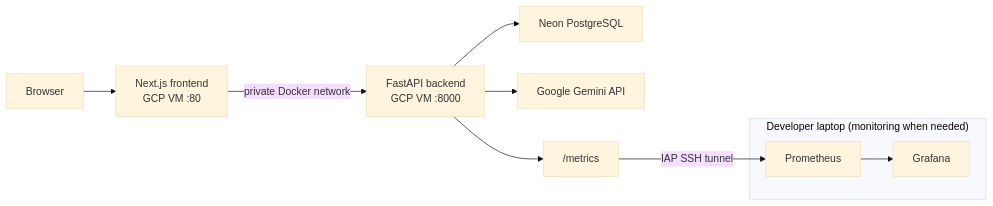
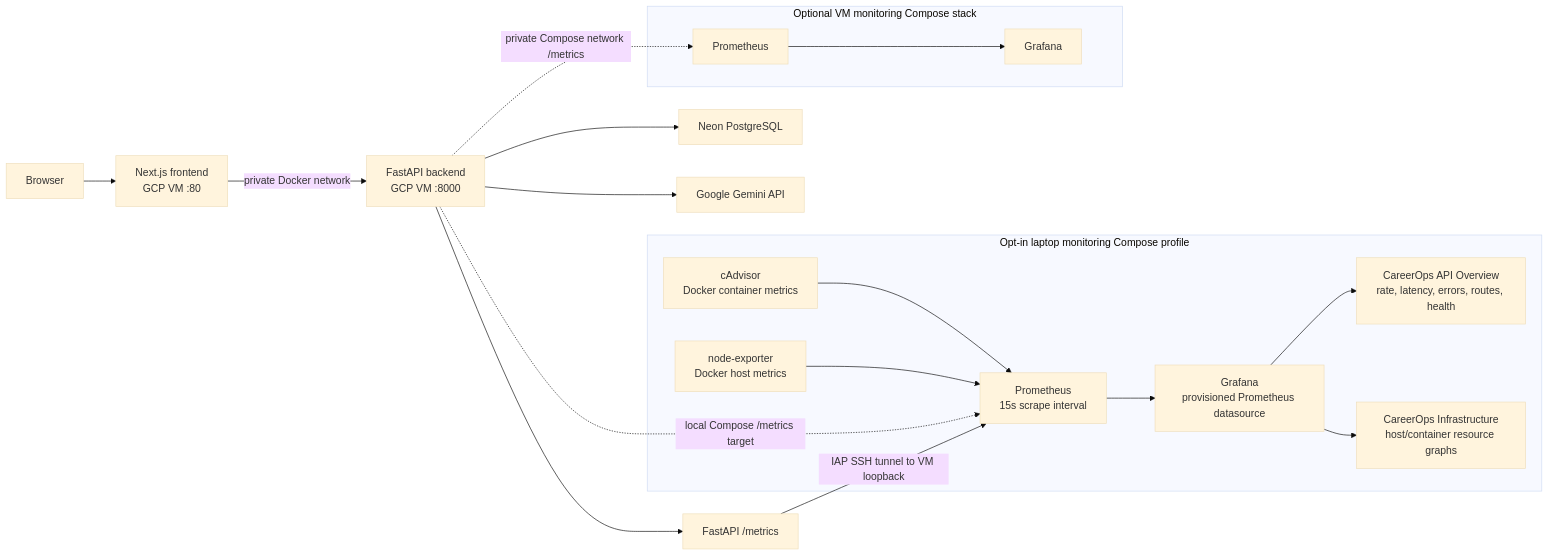
One commit to Ssaiyajin/careerops changed the second of 3 diagrams in docs/architecture.md. Above: the diagram before and after it, drawn with Mermaid (base theme). The commit also changed other lines of this file and 10 other files, not shown here.

````diff
--- a/docs/architecture.md
+++ b/docs/architecture.md
@@ -42,15 +45,31 @@
 ```mermaid
 flowchart LR
     Browser["Browser"] --> Frontend["Next.js frontend<br/>GCP VM :80"]
     Frontend -->|"private Docker network"| Backend["FastAPI backend<br/>GCP VM :8000"]
     Backend --> Neon["Neon PostgreSQL"]
     Backend --> Gemini["Google Gemini API"]
-    Backend --> Metrics["/metrics"]
+    Backend --> Metrics["FastAPI /metrics"]
 
-    subgraph Laptop["Developer laptop (monitoring when needed)"]
-        Prometheus["Prometheus"]
-        Grafana["Grafana"]
-        Prometheus --> Grafana
+    subgraph Laptop["Opt-in laptop monitoring Compose profile"]
+        LocalPrometheus["Prometheus<br/>15s scrape interval"]
+        Grafana["Grafana<br/>provisioned Prometheus datasource"]
+        CAdvisor["cAdvisor<br/>Docker container metrics"]
+        NodeExporter["node-exporter<br/>Docker host metrics"]
+        ApiDashboard["CareerOps API Overview<br/>rate, latency, errors, routes, health"]
+        InfraDashboard["CareerOps Infrastructure<br/>host/container resource graphs"]
+        CAdvisor --> LocalPrometheus
+        NodeExporter --> LocalPrometheus
+        LocalPrometheus --> Grafana
+        Grafana --> ApiDashboard
+        Grafana --> InfraDashboard
     end
-    Metrics -->|"IAP SSH tunnel"| Prometheus
+    Backend -. "local Compose /metrics target" .-> LocalPrometheus
+    Metrics -->|"IAP SSH tunnel to VM loopback"| LocalPrometheus
+
+    subgraph VMMonitoring["Optional VM monitoring Compose stack"]
+        VmPrometheus["Prometheus"]
+        VmGrafana["Grafana"]
+        VmPrometheus --> VmGrafana
+    end
+    Backend -. "private Compose network /metrics" .-> VmPrometheus
 ```
````
